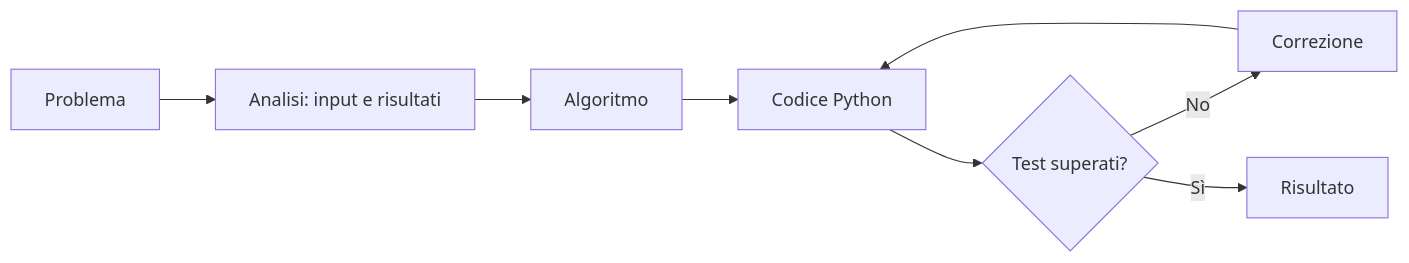
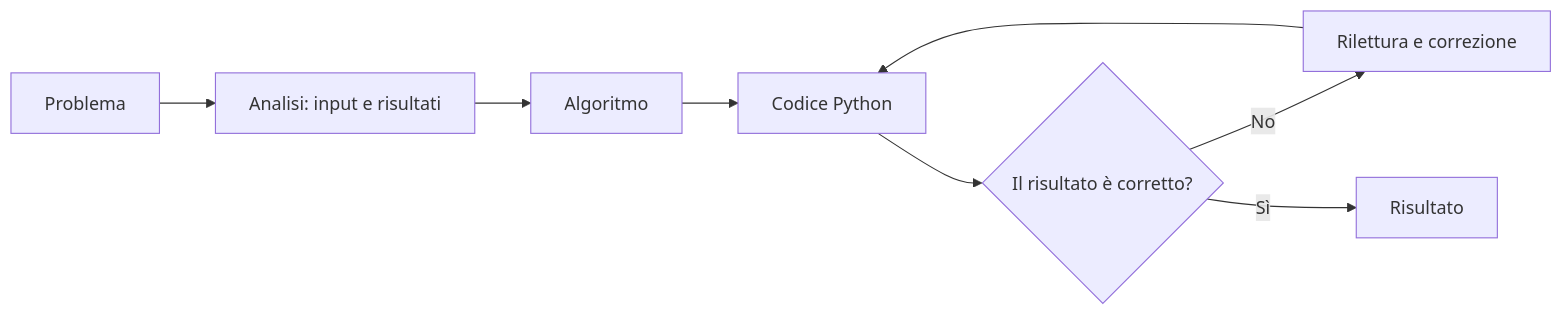
Before and after one commit to lucavandro/il-mio-libro-di-informatica: the first of 3 diagrams in anno2/algoritmi.md, drawn with Mermaid. The commit also changed other lines of this file and 15 other files, not shown here.

````diff
--- a/anno2/algoritmi.md
+++ b/anno2/algoritmi.md
@@ -7,10 +7,10 @@
 ```mermaid
 flowchart LR
     P["Problema"] --> A["Analisi: input e risultati"]
     A --> S["Algoritmo"]
     S --> C["Codice Python"]
-    C --> T{"Test superati?"}
-    T -- "No" --> D["Correzione"]
+    C --> T{"Il risultato è corretto?"}
+    T -- "No" --> D["Rilettura e correzione"]
     D --> C
     T -- "Sì" --> R["Risultato"]
 ```
````
